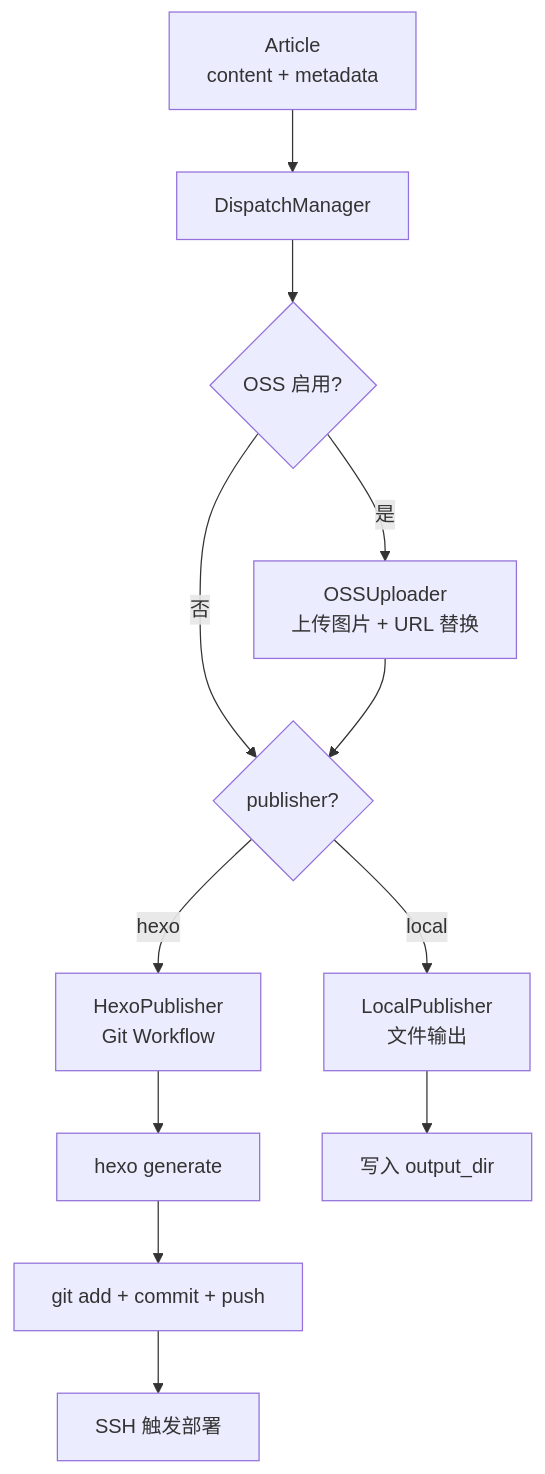
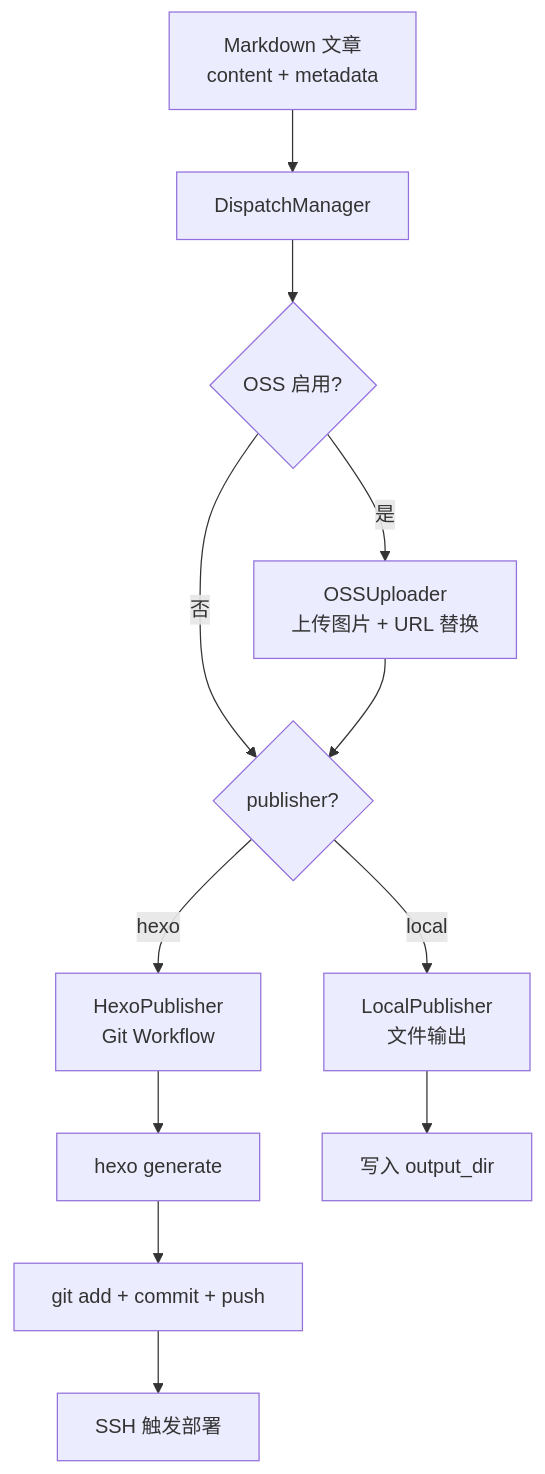
The diagram in docs/dispatch/README.md (xinovate/linglong-knowledge), drawn with Mermaid before and after one commit. The commit also changed other lines of this file and 1 other file, not shown here.

First line of the commit message:
docs(dispatch): 清理未实现功能的描述

````diff
--- a/docs/dispatch/README.md
+++ b/docs/dispatch/README.md
@@ -31,14 +11,14 @@
 ```mermaid
 graph TD
-    A[Article<br/>content + metadata] --> B[DispatchManager]
+    A[Markdown 文章<br/>content + metadata] --> B[DispatchManager]
     B --> O{OSS 启用?}
     O -->|是| P[OSSUploader<br/>上传图片 + URL 替换]
     O -->|否| C
     P --> C{publisher?}
     C -->|hexo| D[HexoPublisher<br/>Git Workflow]
     C -->|local| E[LocalPublisher<br/>文件输出]
     D --> F[hexo generate]
     F --> G[git add + commit + push]
     G --> H[SSH 触发部署]
     E --> I[写入 output_dir]
 ```
````
